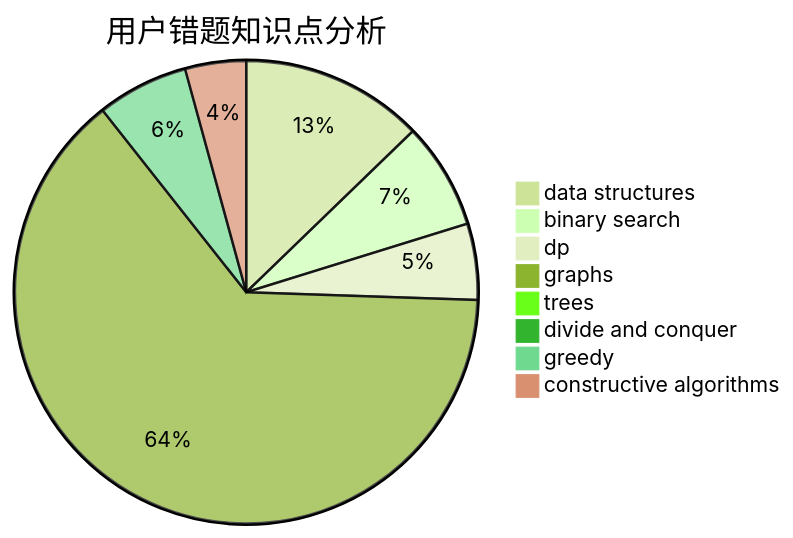
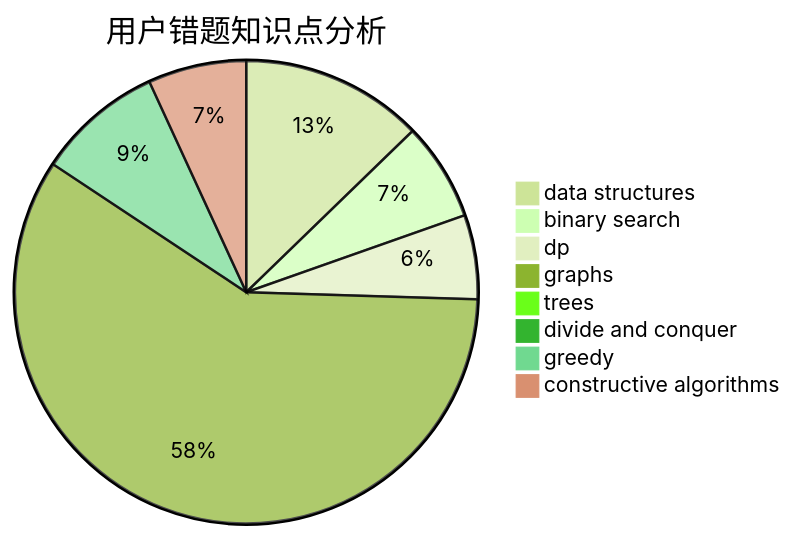
One commit to sherpahu/cfrs.github.io changed the third of 3 diagrams in docs/user/u241.md. Above: the diagram before and after it, drawn with Mermaid (forest theme). The commit also changed other lines of this file and 2770 other files, not shown here.

````diff
--- a/docs/user/u241.md
+++ b/docs/user/u241.md
@@ -36,11 +36,11 @@
 ```mermaid
 pie title 用户错题知识点分析
-    "data structures" :  12
+    "data structures" :  13
     "binary search" :  7
-    "dp" :  5
+    "dp" :  6
     "graphs" :  60
     "trees" :  0
-    "divide and conquer" :  0
-    "greedy" :  6
-    "constructive algorithms" :  4
+    "divide and conquer" :  1
+    "greedy" :  9
+    "constructive algorithms" :  7
 ```
````
